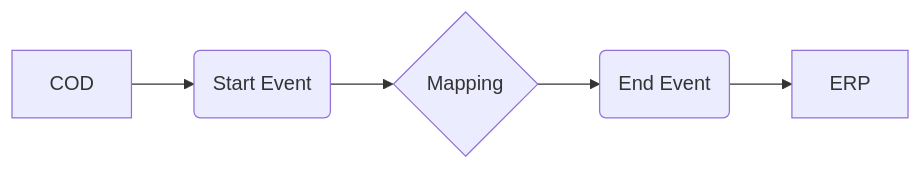
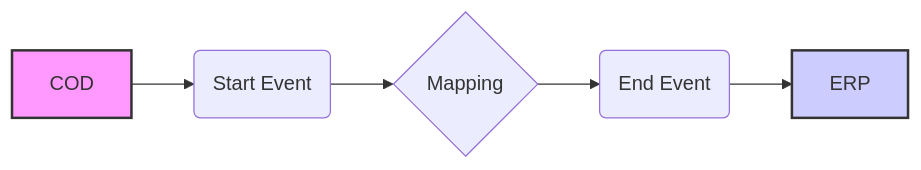
One commit to Avvale-IA-CICD/AvvaleCPI changed the diagram in MMZ - Cell Iflows/Check_Connectivity_to_SAP_Business_Suite_MMZ-1.0.4/readme.md. Above: the diagram before and after it, drawn with Mermaid. The commit also changed other lines of this file, not shown here.

````diff
--- a/MMZ - Cell Iflows/Check_Connectivity_to_SAP_Business_Suite_MMZ-1.0.4/readme.md
+++ b/MMZ - Cell Iflows/Check_Connectivity_to_SAP_Business_Suite_MMZ-1.0.4/readme.md
@@ -4,7 +4,9 @@
 ```mermaid
 graph LR
     A[COD] --> B(Start Event)
     B --> C{Mapping}
     C --> D(End Event)
     D --> E[ERP]
+    style A fill:#f9f,stroke:#333,stroke-width:2px
+    style E fill:#ccf,stroke:#333,stroke-width:2px
 ```
````
